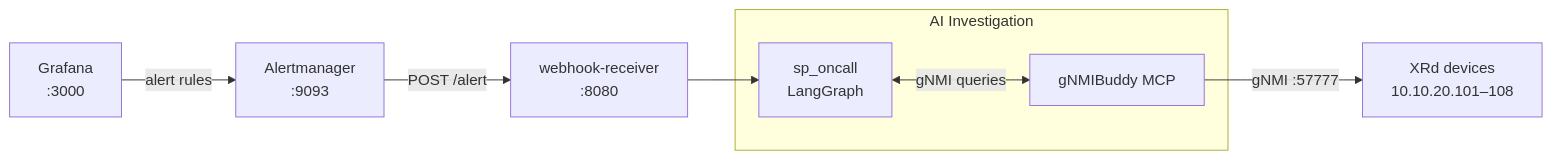
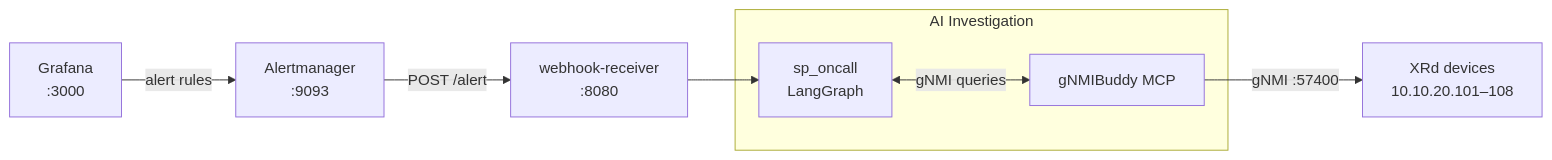
One commit to jillesca/xrd-observability-stack changed the second of 2 diagrams in README.md. Above: the diagram before and after it, drawn with Mermaid. The commit also changed other lines of this file and 3 other files, not shown here.

````diff
--- a/README.md
+++ b/README.md
@@ -48,19 +48,19 @@
 ```mermaid
 flowchart LR
     graf["Grafana<br/>:3000"]
     am["Alertmanager<br/>:9093"]
     wh["webhook-receiver<br/>:8080"]
 
     subgraph ai["AI Investigation"]
         sp["sp_oncall<br/>LangGraph"]
         buddy["gNMIBuddy MCP"]
     end
 
     xrd["XRd devices<br/>10.10.20.101–108"]
 
     graf -->|alert rules| am
     am -->|"POST /alert"| wh
     wh --> sp
     sp <-->|gNMI queries| buddy
-    buddy -->|"gNMI :57777"| xrd
+    buddy -->|"gNMI :57400"| xrd
 ```
````
